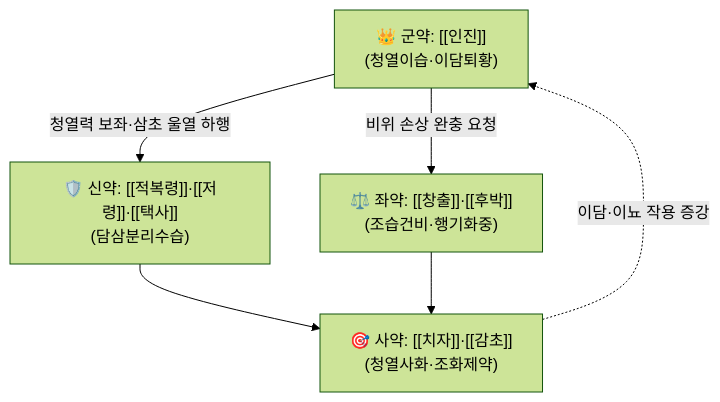
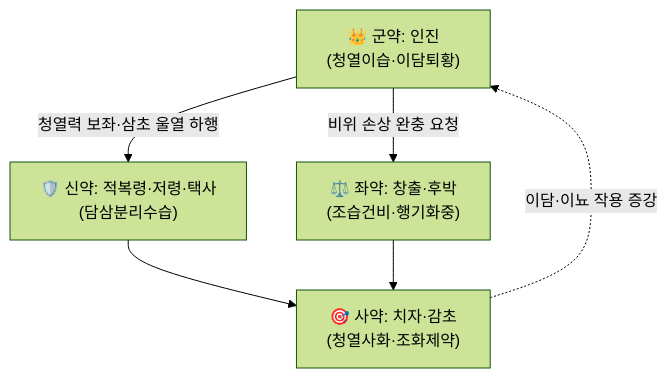
The diagram in content/2. 약리 공부/처방/03_화담·거습·이수제/인진분리음.md (simbio11/simbio-digital-garden2), drawn with Mermaid (forest theme) before and after one commit. The commit also changed other lines of this file and 122 other files, not shown here.

````diff
--- a/content/2. 약리 공부/처방/03_화담·거습·이수제/인진분리음.md
+++ b/content/2. 약리 공부/처방/03_화담·거습·이수제/인진분리음.md
@@ -60,8 +60,8 @@
 ```mermaid
 graph TD
-    Gun["👑 군약: [[인진]]<br>(청열이습·이담퇴황)"] -->|청열력 보좌·삼초 울열 하행| Sin["🛡️ 신약: [[적복령]]·[[저령]]·[[택사]]<br>(담삼분리수습)"]
-    Gun -->|비위 손상 완충 요청| Jwa["⚖️ 좌약: [[창출]]·[[후박]]<br>(조습건비·행기화중)"]
-    Sin --> Sa["🎯 사약: [[치자]]·[[감초]]<br>(청열사화·조화제약)"]
+    Gun["👑 군약: 인진<br>(청열이습·이담퇴황)"] -->|청열력 보좌·삼초 울열 하행| Sin["🛡️ 신약: 적복령·저령·택사<br>(담삼분리수습)"]
+    Gun -->|비위 손상 완충 요청| Jwa["⚖️ 좌약: 창출·후박<br>(조습건비·행기화중)"]
+    Sin --> Sa["🎯 사약: 치자·감초<br>(청열사화·조화제약)"]
     Jwa --> Sa
     Sa -.->|이담·이뇨 작용 증강| Gun
 ```
````
